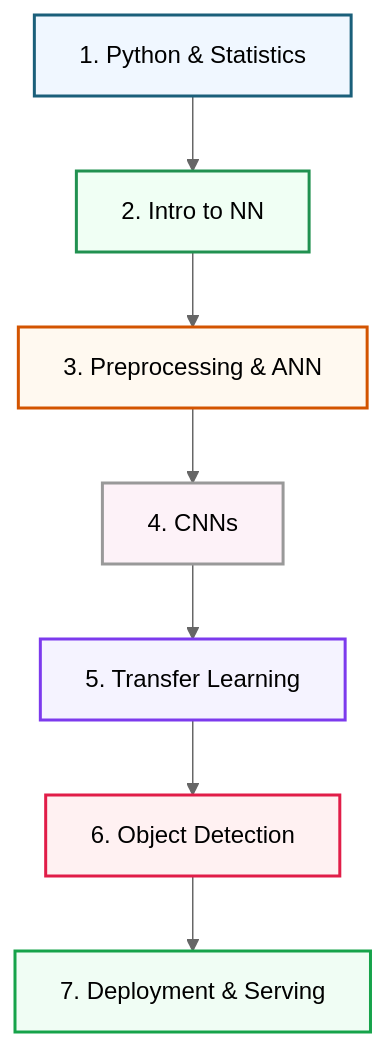
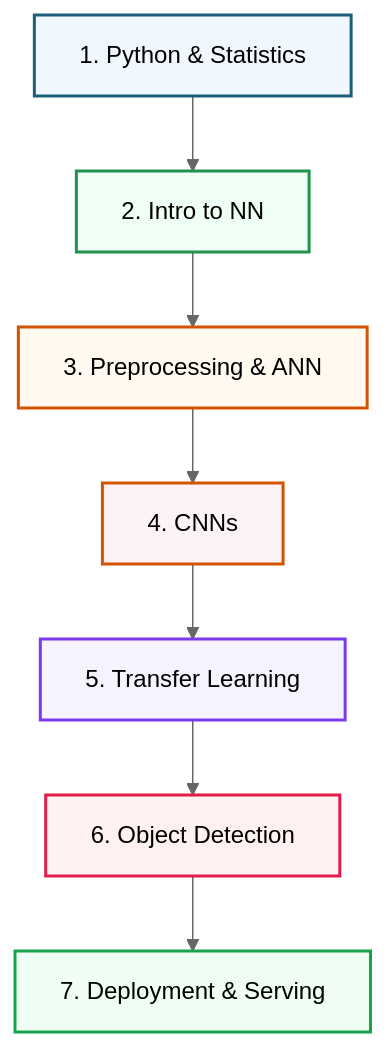
The diagram in posts/2026_02_17_modern_geospatial_python_ai/index.qmd (pulakeshpradhan/pulakeshpradhan.github.io), drawn with Mermaid (neutral theme) before and after one commit. The commit also changed other lines of this file, not shown here.

Commit message:
Fix Mermaid diagram syntax in AI roadmap post

````diff
--- a/posts/2026_02_17_modern_geospatial_python_ai/index.qmd
+++ b/posts/2026_02_17_modern_geospatial_python_ai/index.qmd
@@ -54,17 +54,17 @@
 ```{mermaid}
-graph TD
-    A[1. Python & Statistics] --> B[2. Intro to NN]
-    B --> C[3. Preprocessing & ANN]
-    C --> D[4. CNNs]
-    D --> E[5. Transfer Learning]
-    E --> F[6. Object Detection]
-    F --> G[7. Deployment & Serving]
+flowchart TD
+    A["1. Python & Statistics"] --> B["2. Intro to NN"]
+    B --> C["3. Preprocessing & ANN"]
+    C --> D["4. CNNs"]
+    D --> E["5. Transfer Learning"]
+    E --> F["6. Object Detection"]
+    F --> G["7. Deployment & Serving"]
 
     style A fill:#f0f7ff,stroke:#1a5f7a,stroke-width:2px
     style B fill:#f0fff4,stroke:#219150,stroke-width:2px
     style C fill:#fff9f0,stroke:#d35400,stroke-width:2px
-    style D fill:#fdf2f8,stroke:#brand-accent,stroke-width:2px
+    style D fill:#fdf2f8,stroke:#d35400,stroke-width:2px
     style E fill:#f5f3ff,stroke:#7c3aed,stroke-width:2px
     style F fill:#fff1f2,stroke:#e11d48,stroke-width:2px
     style G fill:#f0fdf4,stroke:#16a34a,stroke-width:2px
 ```
````
